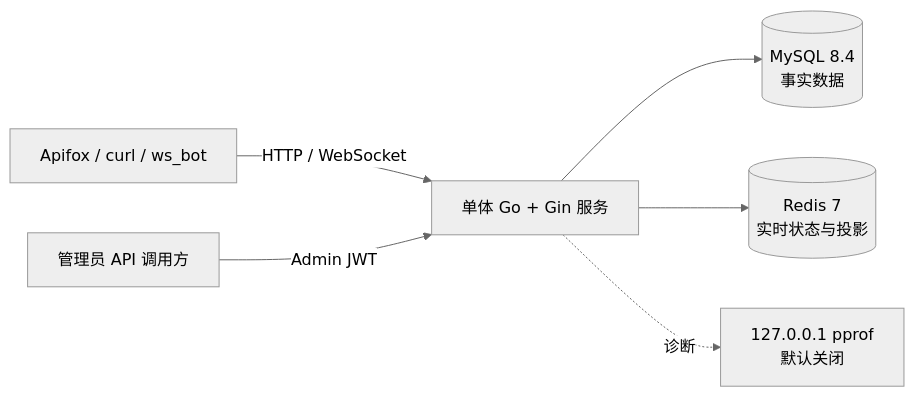
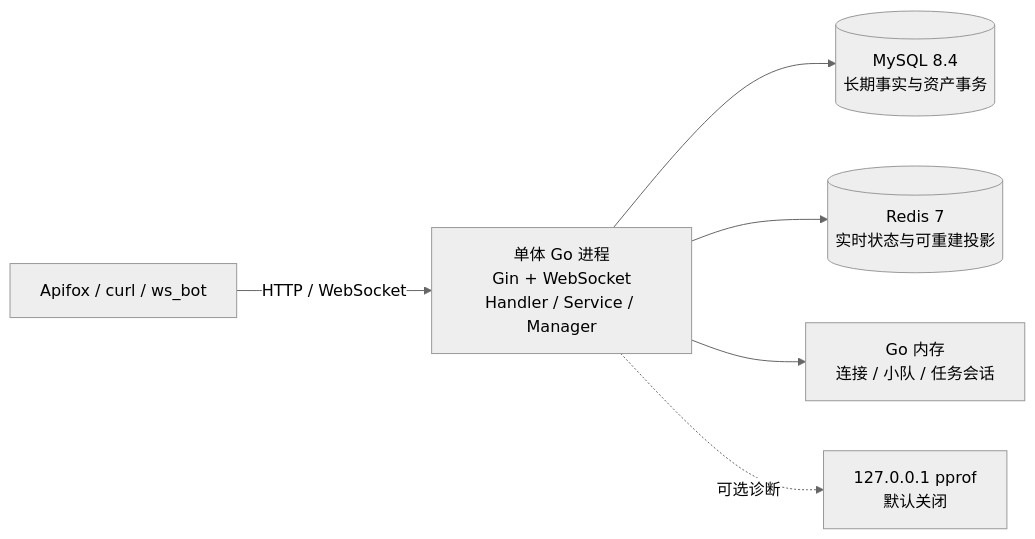
Before and after one commit to lki-H/game-realtime-gm: the diagram in README.md, drawn with Mermaid (neutral theme). The commit also changed other lines of this file and 22 other files, not shown here.

````diff
--- a/README.md
+++ b/README.md
@@ -65,15 +53,15 @@
 ```mermaid
 flowchart LR
-    Client["Apifox / curl / ws_bot"]
-    Admin["管理员 API 调用方"]
-    Go["单体 Go + Gin 服务"]
-    MySQL[("MySQL 8.4<br/>事实数据")]
-    Redis[("Redis 7<br/>实时状态与投影")]
+    Clients["Apifox / curl / ws_bot"]
+    Go["单体 Go 进程<br/>Gin + WebSocket<br/>Handler / Service / Manager"]
+    MySQL[("MySQL 8.4<br/>长期事实与资产事务")]
+    Redis[("Redis 7<br/>实时状态与可重建投影")]
+    Memory["Go 内存<br/>连接 / 小队 / 任务会话"]
     Pprof["127.0.0.1 pprof<br/>默认关闭"]
 
-    Client -->|HTTP / WebSocket| Go
-    Admin -->|Admin JWT| Go
+    Clients -->|HTTP / WebSocket| Go
     Go --> MySQL
     Go --> Redis
-    Go -. 诊断 .-> Pprof
+    Go --> Memory
+    Go -. 可选诊断 .-> Pprof
 ```
````
